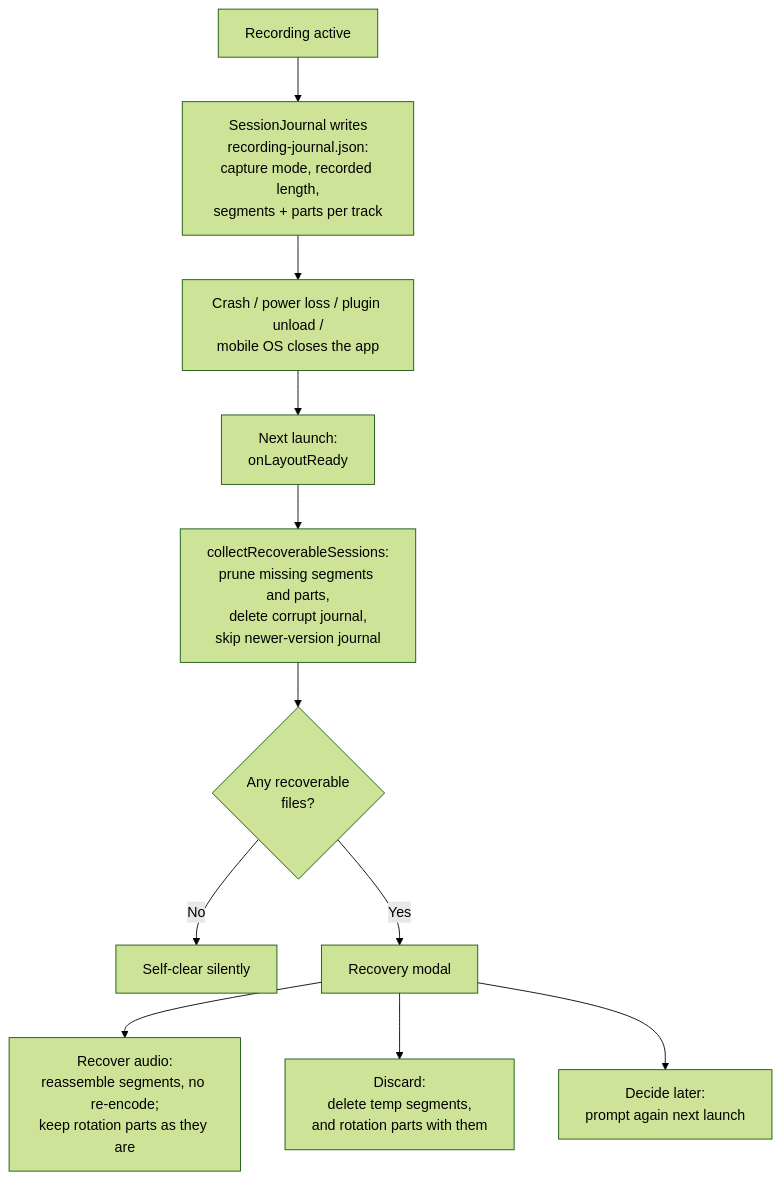
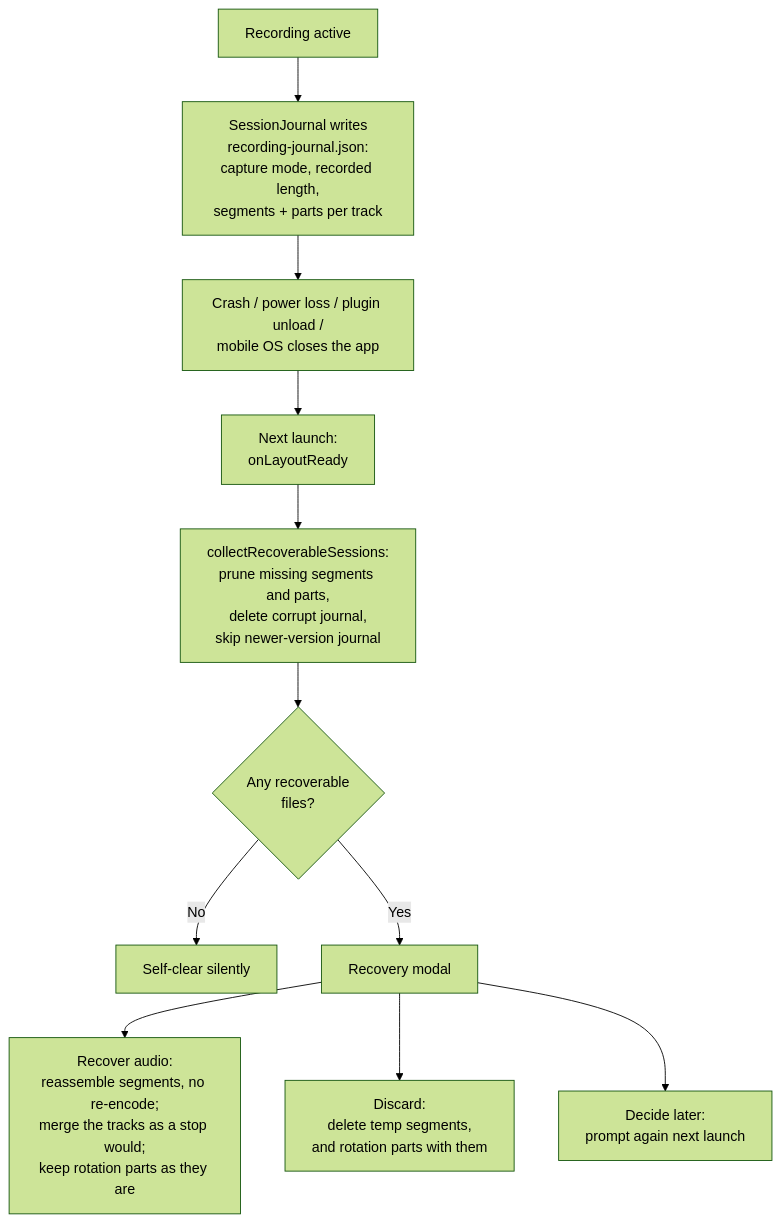
One commit to akhmialeuski/advanced-audio-recorder changed the sixth of 7 diagrams in docs/architecture.md. Above: the diagram before and after it, drawn with Mermaid (forest theme). The commit also changed other lines of this file and 9 other files, not shown here.

````diff
--- a/docs/architecture.md
+++ b/docs/architecture.md
@@ -368,14 +368,14 @@
 ```mermaid
 flowchart TD
     REC[Recording active] --> JRN[SessionJournal writes<br/>recording-journal.json:<br/>capture mode, recorded length,<br/>segments + parts per track]
     JRN --> CRASH[Crash / power loss / plugin unload /<br/>mobile OS closes the app]
     CRASH --> LAUNCH[Next launch:<br/>onLayoutReady]
     LAUNCH --> COLLECT[collectRecoverableSessions:<br/>prune missing segments and parts,<br/>delete corrupt journal,<br/>skip newer-version journal]
     COLLECT --> ANY{Any recoverable<br/>files?}
     ANY -->|No| NONE[Self-clear silently]
     ANY -->|Yes| MODAL[Recovery modal]
 
-    MODAL --> RECOVER[Recover audio:<br/>reassemble segments, no re-encode;<br/>keep rotation parts as they are]
+    MODAL --> RECOVER[Recover audio:<br/>reassemble segments, no re-encode;<br/>merge the tracks as a stop would;<br/>keep rotation parts as they are]
     MODAL --> DISCARD[Discard:<br/>delete temp segments,<br/>and rotation parts with them]
     MODAL --> LATER[Decide later:<br/>prompt again next launch]
 ```
````
